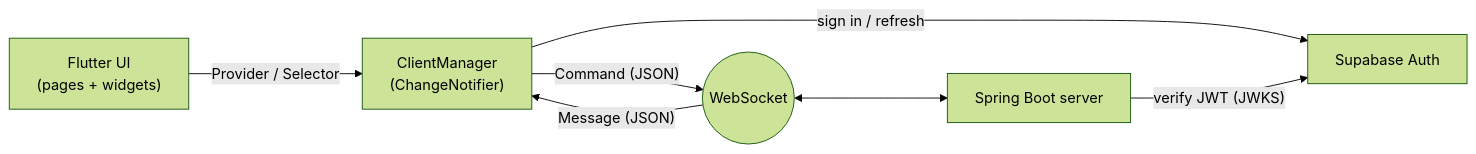
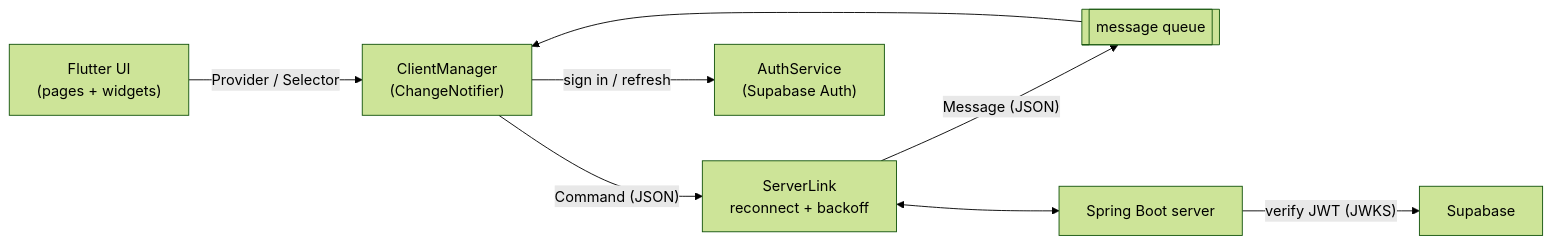
The diagram in README.md (AndreaSacconi7/Ascensore_Card_Game), drawn with Mermaid (forest theme) before and after one commit. The commit also changed other lines of this file and 66 other files, not shown here.

````diff
--- a/README.md
+++ b/README.md
@@ -34,9 +34,10 @@
 ```mermaid
 flowchart LR
     UI["Flutter UI<br/>(pages + widgets)"] -- "Provider / Selector" --> CM["ClientManager<br/>(ChangeNotifier)"]
-    CM -- "Command (JSON)" --> WS(("WebSocket"))
-    WS -- "Message (JSON)" --> CM
-    WS <--> S["Spring Boot server"]
-    CM -- "sign in / refresh" --> SB["Supabase Auth"]
-    S -- "verify JWT (JWKS)" --> SB
+    CM -- "Command (JSON)" --> L["ServerLink<br/>reconnect + backoff"]
+    L -- "Message (JSON)" --> Q[["message queue"]]
+    Q --> CM
+    L <--> S["Spring Boot server"]
+    CM -- "sign in / refresh" --> A["AuthService<br/>(Supabase Auth)"]
+    S -- "verify JWT (JWKS)" --> SB["Supabase"]
 ```
````
